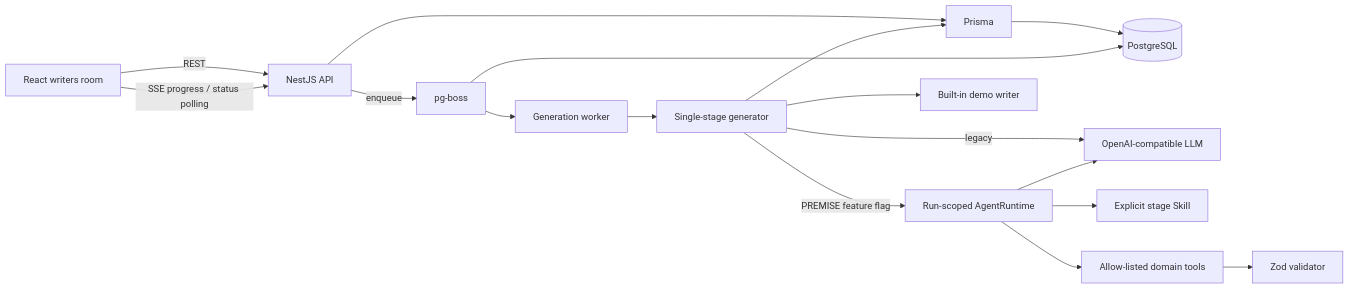
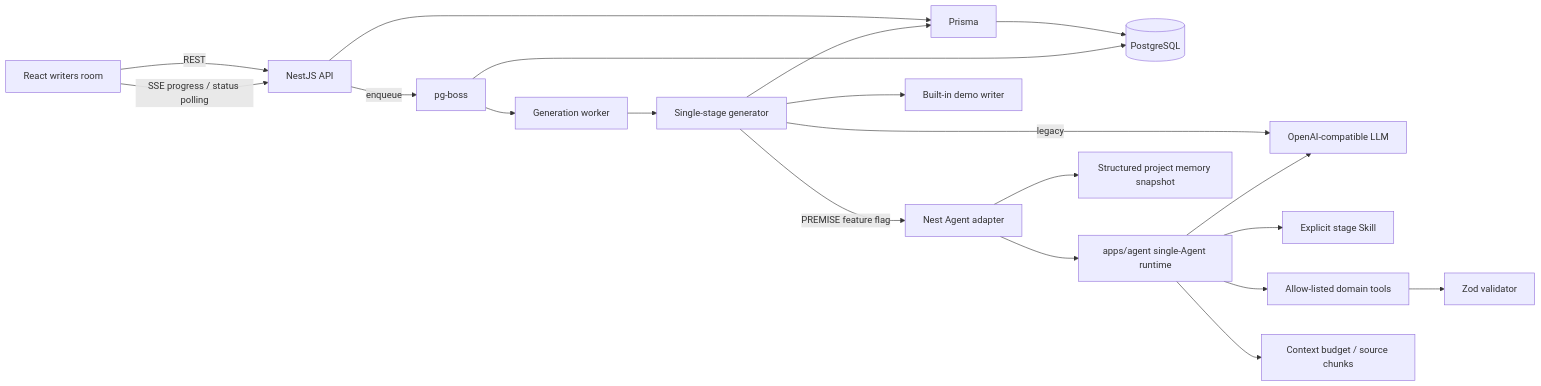
One commit to JanJeter/IDEA_to_Script changed the diagram in docs/ARCHITECTURE.md. Above: the diagram before and after it, drawn with Mermaid. The commit also changed other lines of this file and 122 other files, not shown here.

Commit message:
Simplify creation flow and scene planning UI

````diff
--- a/docs/ARCHITECTURE.md
+++ b/docs/ARCHITECTURE.md
@@ -5,19 +5,22 @@
 ```mermaid
 flowchart LR
   React[React writers room] -->|REST| Nest[NestJS API]
   React -->|SSE progress / status polling| Nest
   Nest --> Prisma[Prisma]
   Prisma --> PG[(PostgreSQL)]
   Nest -->|enqueue| Boss[pg-boss]
   Boss --> PG
   Boss --> Worker[Generation worker]
   Worker --> Stage[Single-stage generator]
   Stage -->|legacy| LLM[OpenAI-compatible LLM]
-  Stage -->|PREMISE feature flag| Agent[Run-scoped AgentRuntime]
+  Stage -->|PREMISE feature flag| Adapter[Nest Agent adapter]
+  Adapter --> Agent[apps/agent single-Agent runtime]
   Agent --> Skill[Explicit stage Skill]
   Agent --> Tools[Allow-listed domain tools]
+  Agent --> Context[Context budget / source chunks]
+  Adapter --> Memory[Structured project memory snapshot]
   Tools --> Validator[Zod validator]
   Agent --> LLM
   Stage --> Demo[Built-in demo writer]
   Stage --> Prisma
 ```
````
